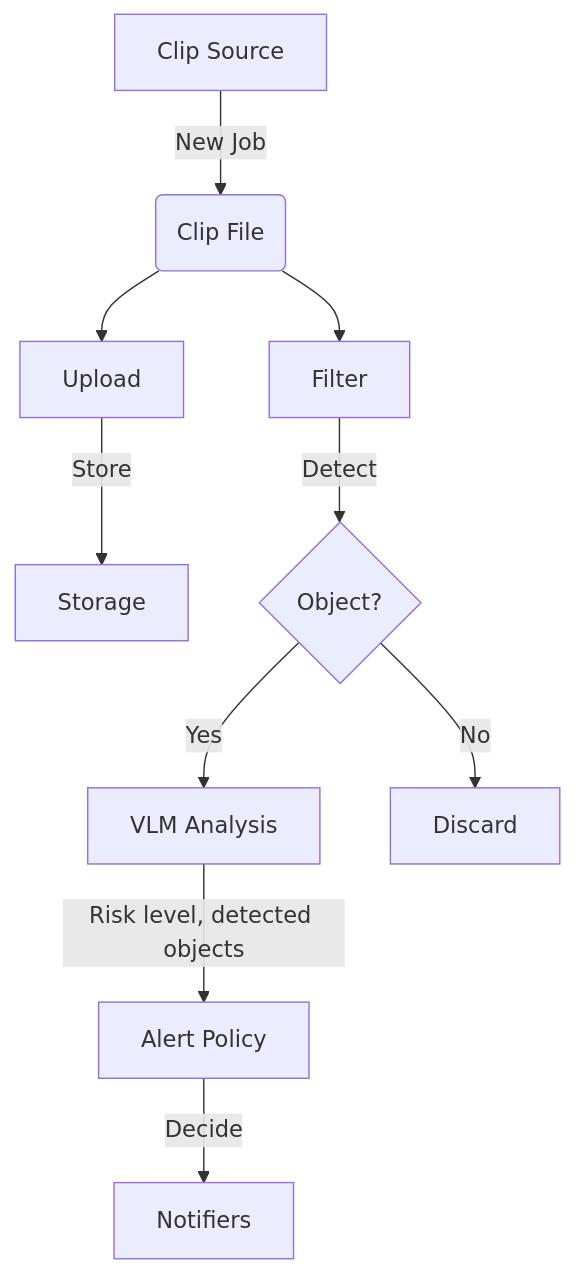
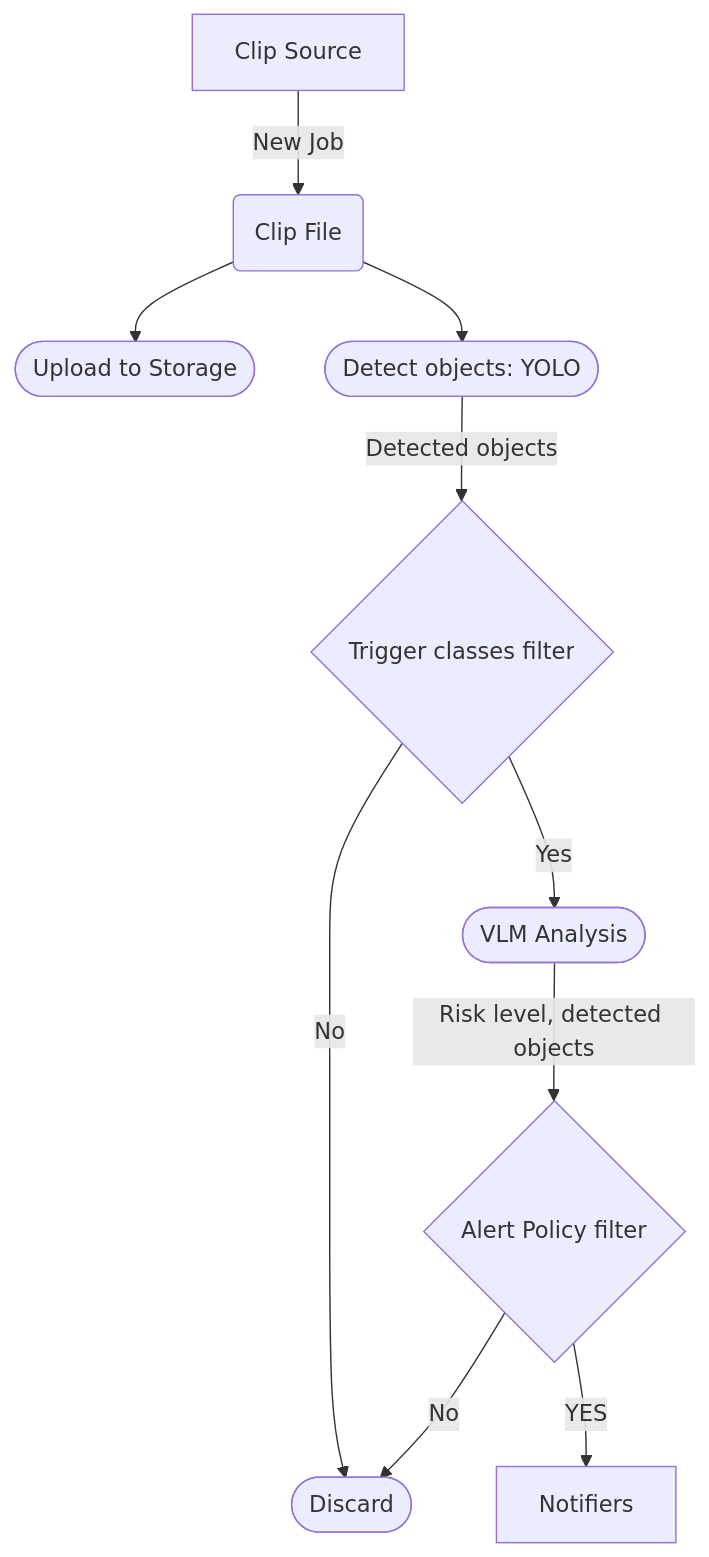
Before and after one commit to lan17/homesec: the diagram in README.md, drawn with Mermaid.

Commit message:
Update mermaid

````diff
--- a/README.md
+++ b/README.md
@@ -21,12 +21,12 @@
 ```mermaid
 graph TD
     S[Clip Source] -->|New Job| C(Clip File)
-    C --> U[Upload]
-    C --> F[Filter]
-    U -->|Store| DB[Storage]
-    F -->|Detect| AI{Object?}
-    AI -->|Yes| V[VLM Analysis]
-    AI -->|No| D[Discard]
-    V -->|Risk level, detected objects| P[Alert Policy]
-    P -->|Decide| N[Notifiers]
+    C --> U([Upload to Storage])
+    C --> F([Detect objects: YOLO])
+    F -->|Detected objects| AI{Trigger classes filter}
+    AI -->|Yes| V([VLM Analysis])
+    AI -->|No| D([Discard])
+    V -->|Risk level, detected objects| P{Alert Policy filter}
+    P -->|No| D
+    P -->|YES| N[Notifiers]
 ```
````
